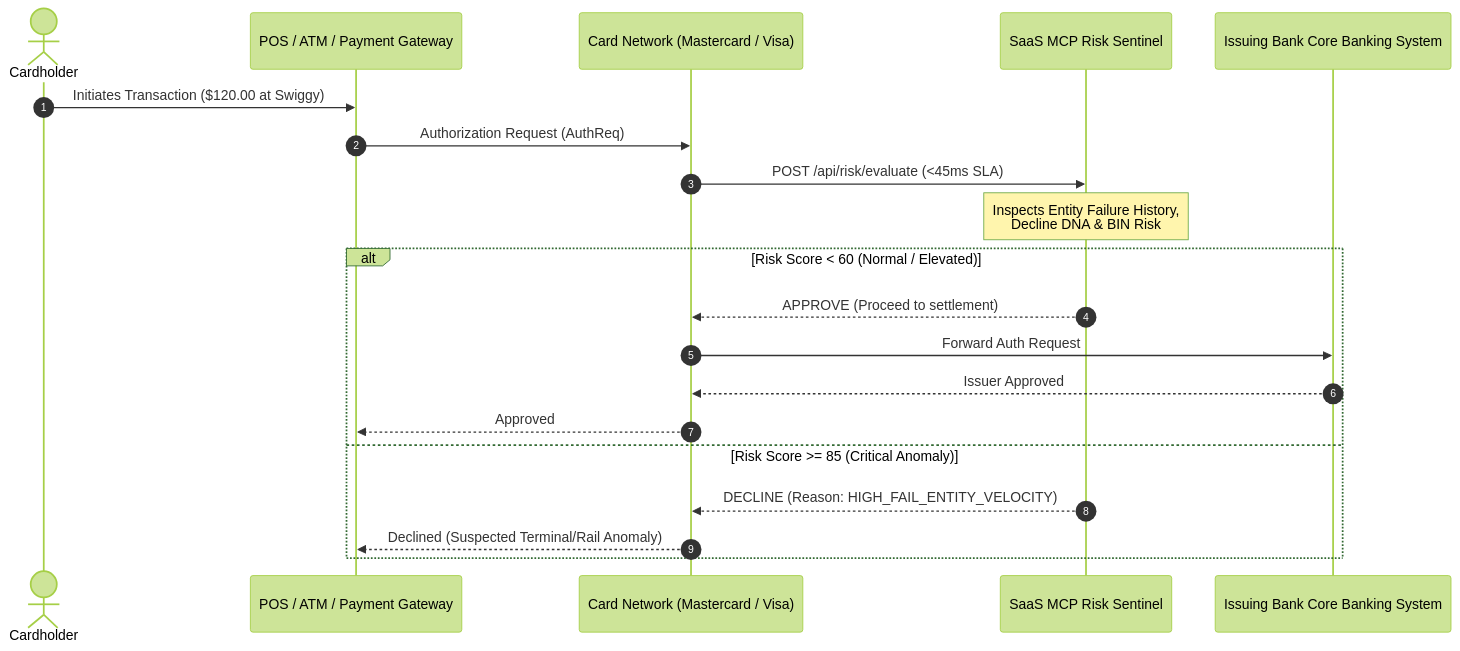
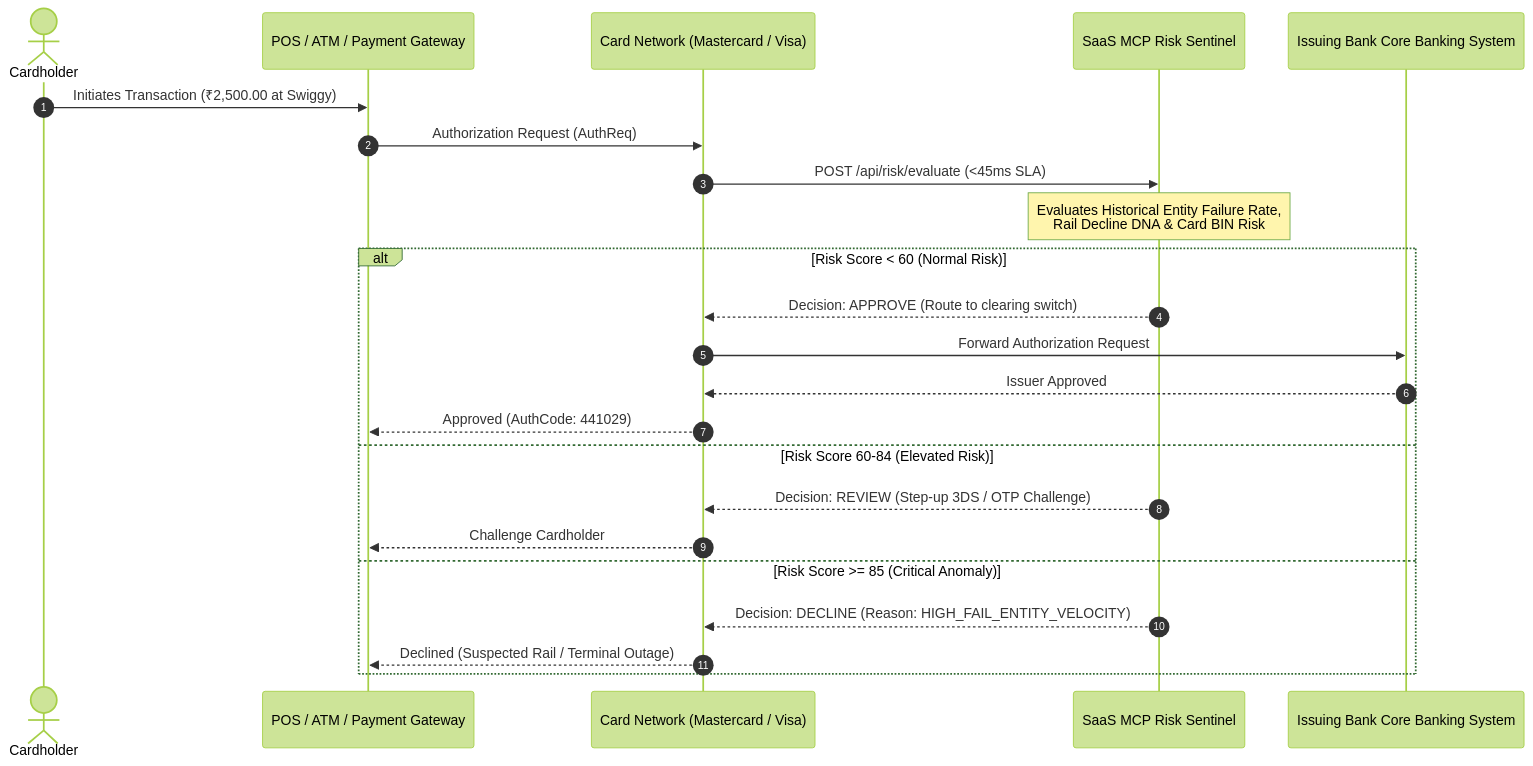
The second of 4 diagrams in MASTER_SPECIFICATION.md (Ruturaj-jawale/commerce-buzz), drawn with Mermaid (forest theme) before and after one commit. The commit also changed other lines of this file and 8 other files, not shown here.

Commit message:
feat: add payment rail volume donut, cumulative liquidity trajectory, reversal flow chart, and database backfill for banking analytics

````diff
--- a/MASTER_SPECIFICATION.md
+++ b/MASTER_SPECIFICATION.md
@@ -137,23 +113,26 @@
 ```mermaid
 sequenceDiagram
     autonumber
     actor Cardholder
     participant Terminal as POS / ATM / Payment Gateway
     participant Network as Card Network (Mastercard / Visa)
     participant Sentinel as SaaS MCP Risk Sentinel
     participant Bank as Issuing Bank Core Banking System
 
-    Cardholder->>Terminal: Initiates Transaction ($120.00 at Swiggy)
+    Cardholder->>Terminal: Initiates Transaction (₹2,500.00 at Swiggy)
     Terminal->>Network: Authorization Request (AuthReq)
     Network->>Sentinel: POST /api/risk/evaluate (<45ms SLA)
-    Note over Sentinel: Inspects Entity Failure History,<br/>Decline DNA & BIN Risk
-    alt Risk Score < 60 (Normal / Elevated)
-        Sentinel-->>Network: APPROVE (Proceed to settlement)
-        Network->>Bank: Forward Auth Request
+    Note over Sentinel: Evaluates Historical Entity Failure Rate,<br/>Rail Decline DNA & Card BIN Risk
+    alt Risk Score < 60 (Normal Risk)
+        Sentinel-->>Network: Decision: APPROVE (Route to clearing switch)
+        Network->>Bank: Forward Authorization Request
         Bank-->>Network: Issuer Approved
-        Network-->>Terminal: Approved
+        Network-->>Terminal: Approved (AuthCode: 441029)
+    else Risk Score 60-84 (Elevated Risk)
+        Sentinel-->>Network: Decision: REVIEW (Step-up 3DS / OTP Challenge)
+        Network-->>Terminal: Challenge Cardholder
     else Risk Score >= 85 (Critical Anomaly)
-        Sentinel-->>Network: DECLINE (Reason: HIGH_FAIL_ENTITY_VELOCITY)
-        Network-->>Terminal: Declined (Suspected Terminal/Rail Anomaly)
+        Sentinel-->>Network: Decision: DECLINE (Reason: HIGH_FAIL_ENTITY_VELOCITY)
+        Network-->>Terminal: Declined (Suspected Rail / Terminal Outage)
     end
 ```
````
